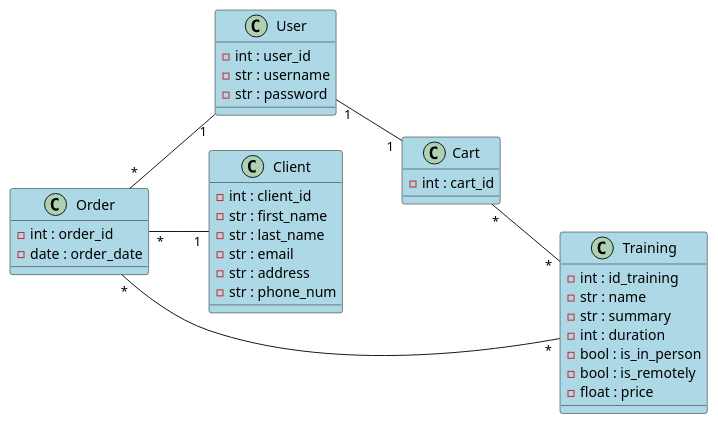
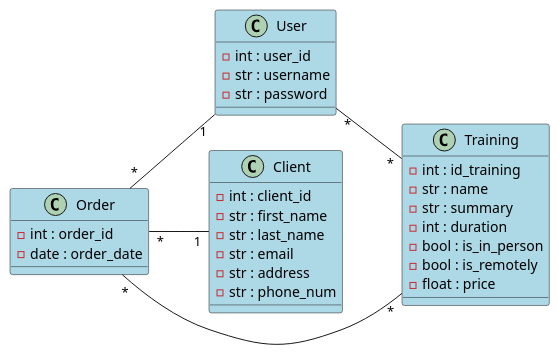
One commit to rdpt03/FMS-JAVA-Eval-FormationsManager changed the diagram in docs/class.puml. Above: the diagram before and after it, drawn with PlantUML.

Commit message:
Remove Cart and replace relation with manyToMany

```diff
--- a/docs/class.puml
+++ b/docs/class.puml
@@ -1,50 +1,45 @@
 @startuml
 'https://plantuml.com/class-diagram
 left to right direction
 
 
 
 class Order #LightBlue{
     -int : order_id
     -date : order_date
 }
 
 class User #LightBlue{
     -int : user_id
     -str : username
     -str : password
 }
 
 class Client #LightBlue{
     -int : client_id
     -str : first_name
     -str : last_name
     -str : email
     -str : address
     -str : phone_num
 }
 
 class Training #LightBlue{
     -int : id_training
     -str : name
     -str : summary
     -int : duration
     -bool : is_in_person
     -bool : is_remotely
     -float : price
 }
 
-class Cart #LightBlue{
-    -int : cart_id
-}
-
-User "1" -- "1" Cart
-Cart "*" -- "*" Training
+User "*" -- "*" Training
 
 
 
 Order "*"--"1" User
 Order "*"--"1" Client
 Order "*"--"*" Training
 
 @enduml
```
